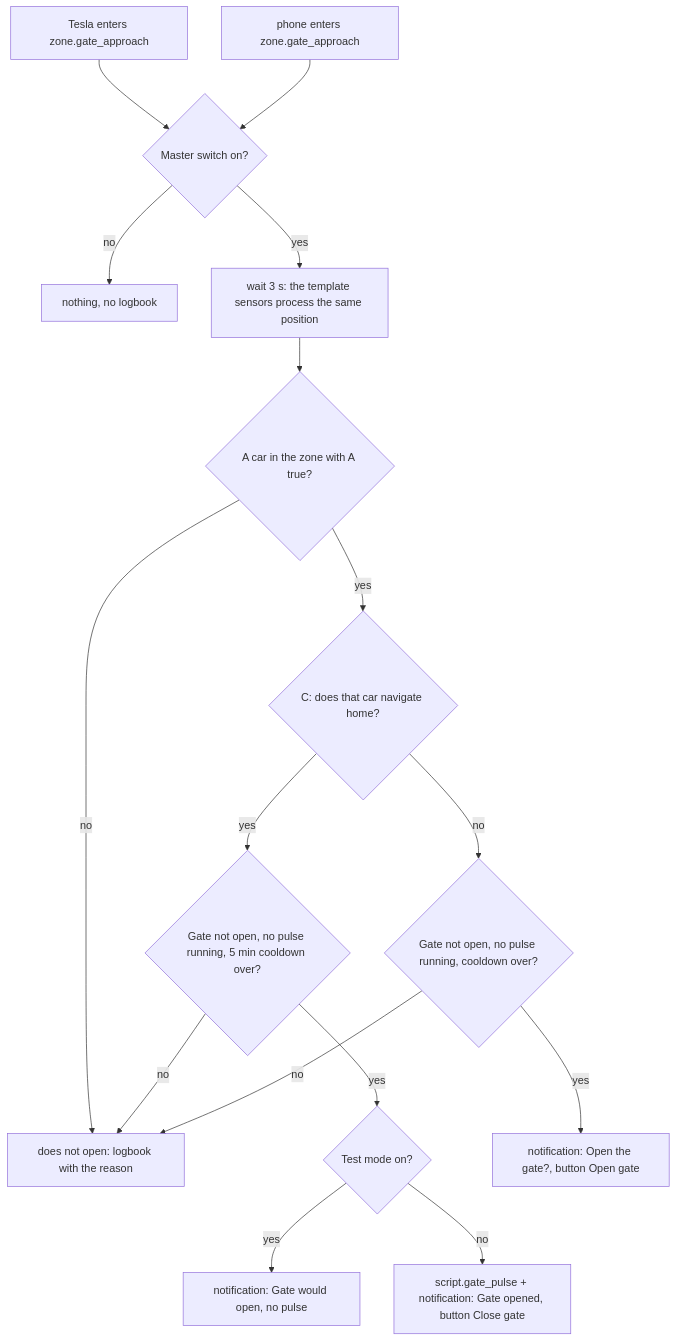
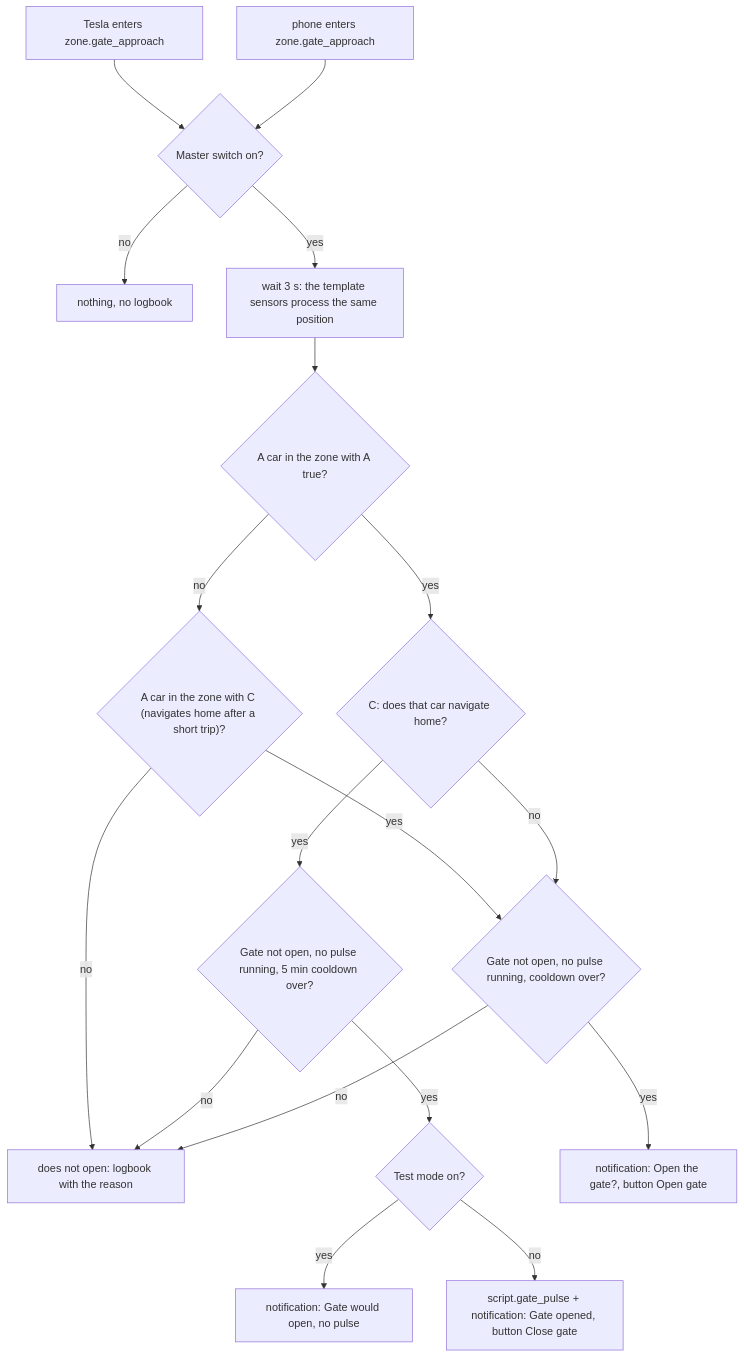
Before and after one commit to smwlms/ha-kit: the first of 5 diagrams in modules/gate/LOGIC.md, drawn with Mermaid. The commit also changed other lines of this file and 10 other files, not shown here.

````diff
--- a/modules/gate/LOGIC.md
+++ b/modules/gate/LOGIC.md
@@ -33,18 +35,20 @@
 ```mermaid
 flowchart TD
   T1["Tesla enters zone.gate_approach"] --> H
   T2["phone enters zone.gate_approach"] --> H
   H{"Master switch on?"} -- no --> X["nothing, no logbook"]
   H -- yes --> D["wait 3 s: the template sensors process the same position"]
   D --> Z{"A car in the zone with A true?"}
-  Z -- no --> N["does not open: logbook with the reason"]
+  Z -- no --> Z2{"A car in the zone with C (navigates home after a short trip)?"}
+  Z2 -- no --> N["does not open: logbook with the reason"]
+  Z2 -- yes --> Q
   Z -- yes --> C{"C: does that car navigate home?"}
   C -- yes --> P{"Gate not open, no pulse running, 5 min cooldown over?"}
   P -- no --> N
   P -- yes --> TM{"Test mode on?"}
   TM -- yes --> M1["notification: Gate would open, no pulse"]
   TM -- no --> PU["script.gate_pulse + notification: Gate opened, button Close gate"]
   C -- no --> Q{"Gate not open, no pulse running, cooldown over?"}
   Q -- yes --> V["notification: Open the gate?, button Open gate"]
   Q -- no --> N
 ```
````
